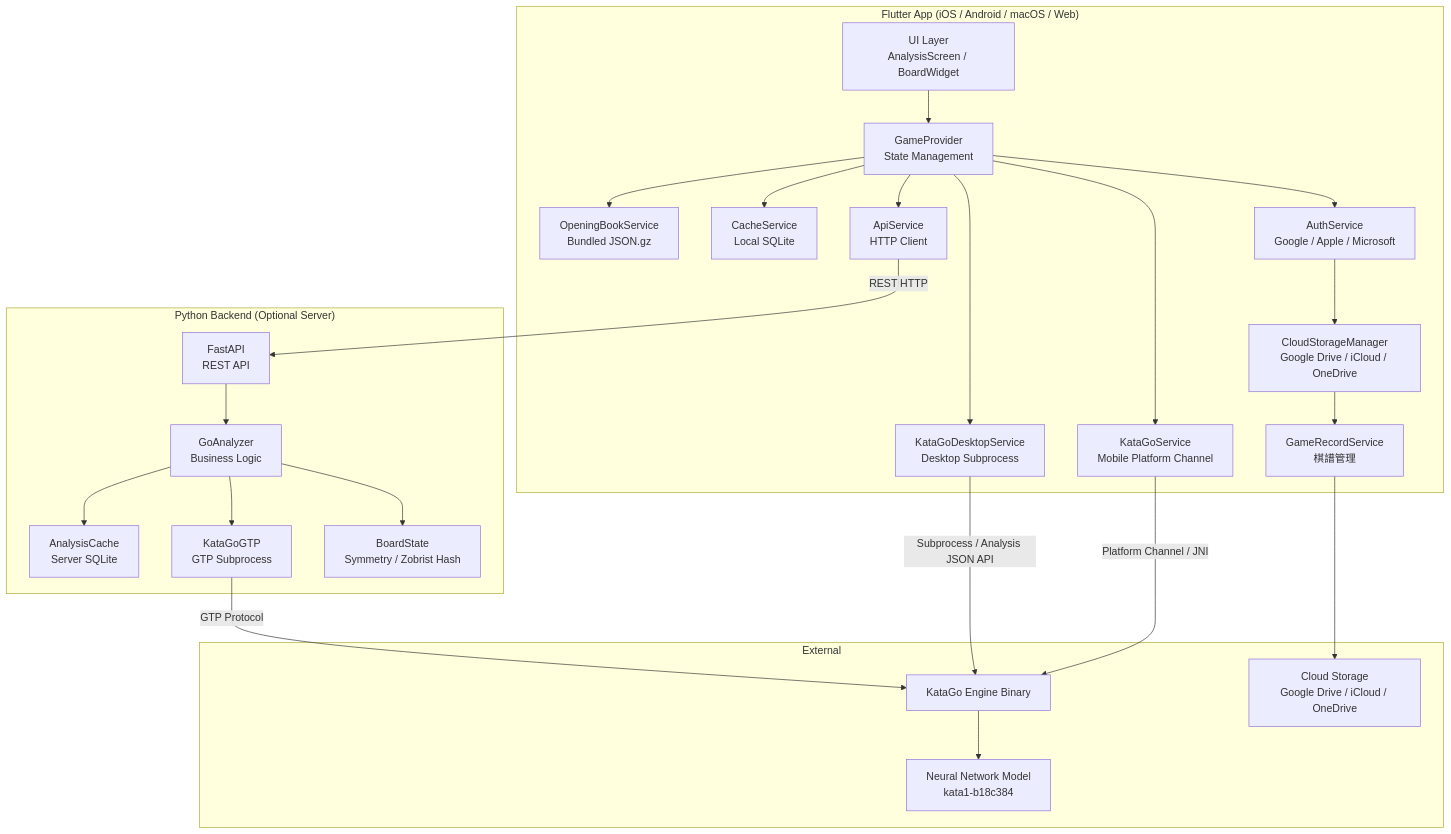
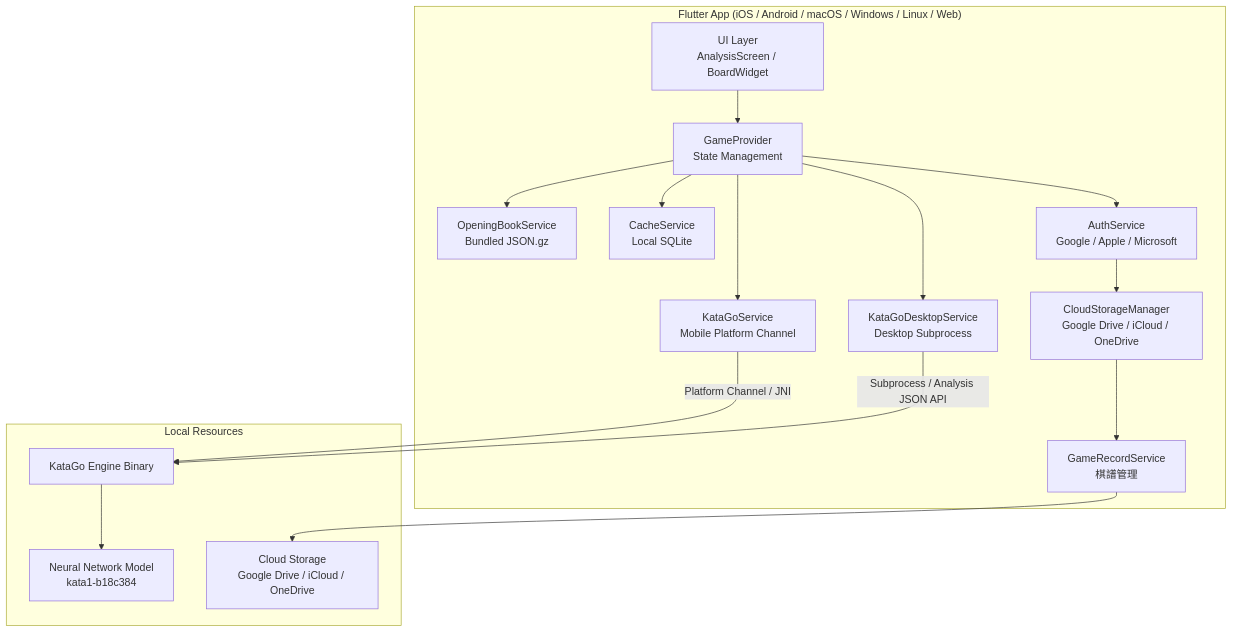
Before and after one commit to justmaker/go-strategy-app: the first of 3 diagrams in docs/spec/ARCHITECTURE.md, drawn with Mermaid. The commit also changed other lines of this file and 6 other files, not shown here.

First line of the commit message:
docs: remove API Server from architecture (offline-only)

````diff
--- a/docs/spec/ARCHITECTURE.md
+++ b/docs/spec/ARCHITECTURE.md
@@ -14,51 +16,34 @@
 ```mermaid
 graph TB
-    subgraph "Flutter App (iOS / Android / macOS / Web)"
+    subgraph "Flutter App (iOS / Android / macOS / Windows / Linux / Web)"
         UI[UI Layer<br/>AnalysisScreen / BoardWidget]
         GP[GameProvider<br/>State Management]
         OBS[OpeningBookService<br/>Bundled JSON.gz]
         CS[CacheService<br/>Local SQLite]
         KGM[KataGoService<br/>Mobile Platform Channel]
         KGD[KataGoDesktopService<br/>Desktop Subprocess]
-        API[ApiService<br/>HTTP Client]
         AUTH[AuthService<br/>Google / Apple / Microsoft]
         CLOUD[CloudStorageManager<br/>Google Drive / iCloud / OneDrive]
         GRS[GameRecordService<br/>棋譜管理]
     end
 
-    subgraph "Python Backend (Optional Server)"
-        FAPI[FastAPI<br/>REST API]
-        ANA[GoAnalyzer<br/>Business Logic]
-        CACHE[AnalysisCache<br/>Server SQLite]
-        GTP[KataGoGTP<br/>GTP Subprocess]
-        BOARD[BoardState<br/>Symmetry / Zobrist Hash]
-    end
-
-    subgraph "External"
+    subgraph "Local Resources"
         KATAGO_BIN["KataGo Engine Binary"]
         KATAGO_MODEL["Neural Network Model<br/>kata1-b18c384"]
         CLOUD_STORAGE["Cloud Storage<br/>Google Drive / iCloud / OneDrive"]
     end
 
     UI --> GP
     GP --> OBS
     GP --> CS
     GP --> KGM
     GP --> KGD
-    GP --> API
     GP --> AUTH
     AUTH --> CLOUD
     CLOUD --> GRS
     GRS --> CLOUD_STORAGE
 
     KGM -->|Platform Channel / JNI| KATAGO_BIN
     KGD -->|Subprocess / Analysis JSON API| KATAGO_BIN
     KATAGO_BIN --> KATAGO_MODEL
-
-    API -->|REST HTTP| FAPI
-    FAPI --> ANA
-    ANA --> CACHE
-    ANA --> GTP
-    GTP -->|GTP Protocol| KATAGO_BIN
-    ANA --> BOARD
 ```
````
